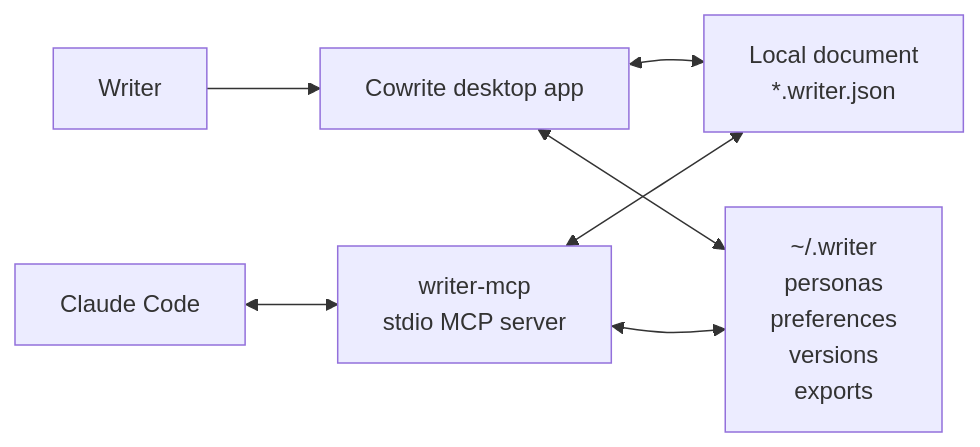
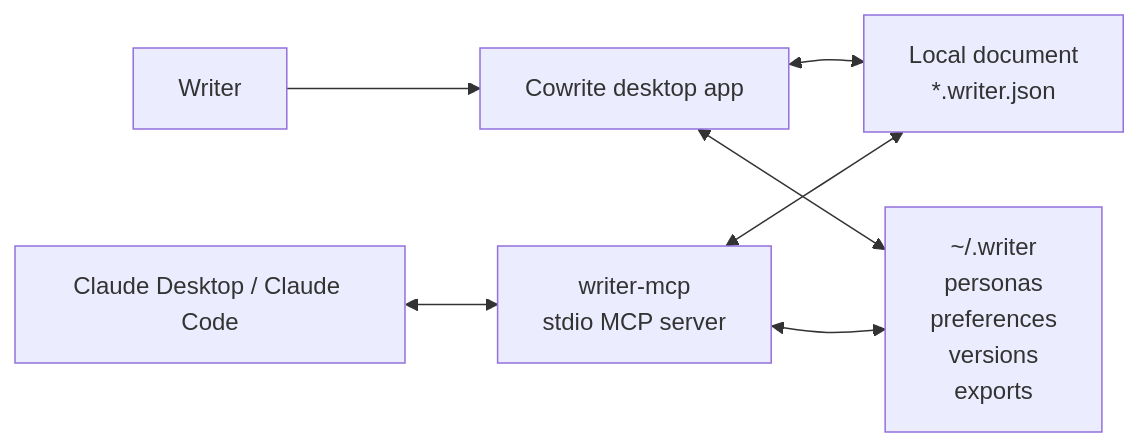
Before and after one commit to JaeSang1998/cowrite: the first of 2 diagrams in README.md, drawn with Mermaid. The commit also changed other lines of this file and 2 other files, not shown here.

Commit message:
Clarify Claude Desktop MCP setup

````diff
--- a/README.md
+++ b/README.md
@@ -74,9 +81,9 @@
 ```mermaid
 flowchart LR
   Writer["Writer"] --> Desktop["Cowrite desktop app"]
   Desktop <--> Doc["Local document<br/>*.writer.json"]
   Desktop <--> Home["~/.writer<br/>personas<br/>preferences<br/>versions<br/>exports"]
-  Claude["Claude Code"] <--> MCP["writer-mcp<br/>stdio MCP server"]
+  Claude["Claude Desktop / Claude Code"] <--> MCP["writer-mcp<br/>stdio MCP server"]
   MCP <--> Doc
   MCP <--> Home
 ```
````
